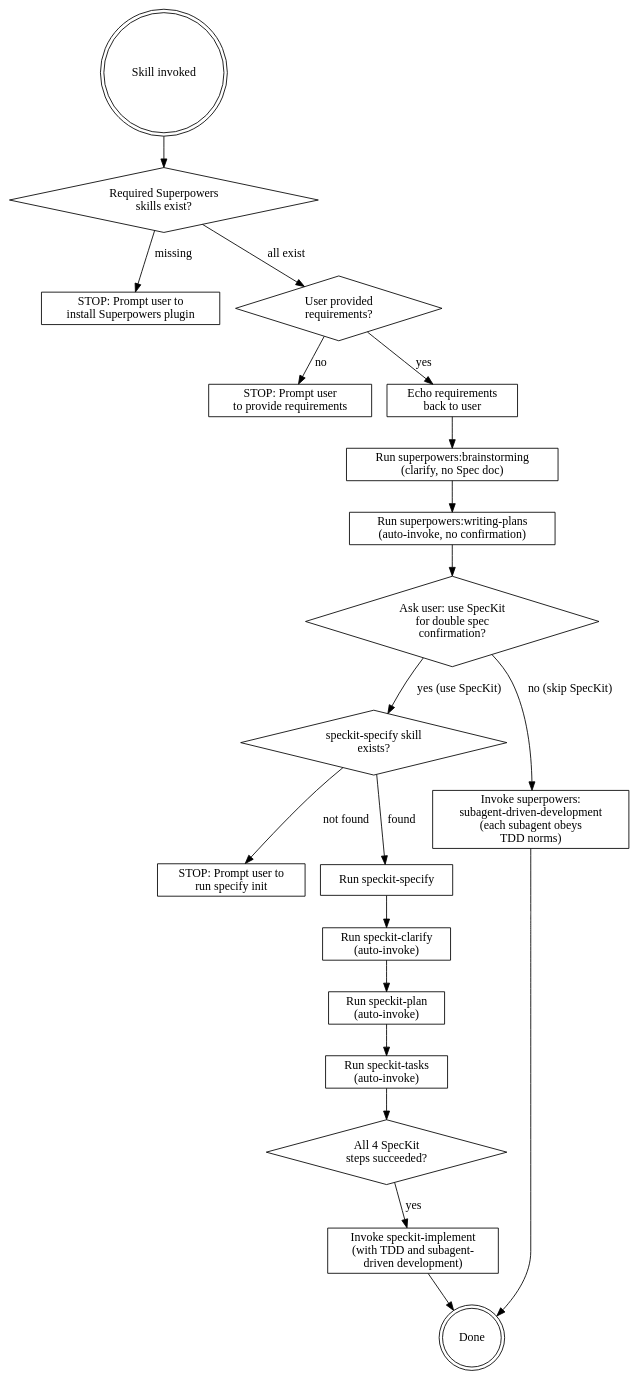
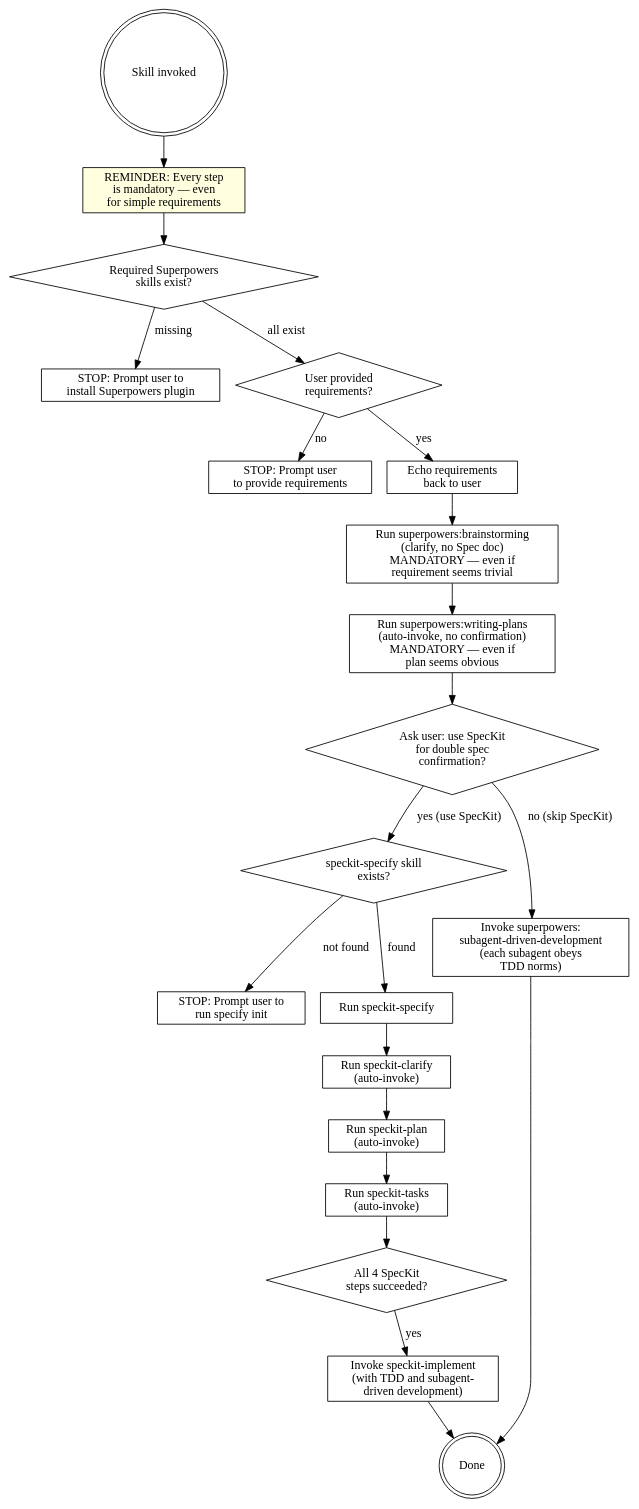
The diagram in skills/brainstorm-specify-implement/SKILL.md (ATreep/one-workflow), drawn with Graphviz before and after one commit. The commit also changed other lines of this file and 2 other files, not shown here.

First line of the commit message:
feat(skills): add anti-skipping enforcement to brainstorm-specify-implement

````diff
--- a/skills/brainstorm-specify-implement/SKILL.md
+++ b/skills/brainstorm-specify-implement/SKILL.md
@@ -12,45 +46,47 @@
 ```dot
 digraph workflow {
     rankdir=TB;
 
     start [label="Skill invoked", shape=doublecircle];
+    anti_skip [label="REMINDER: Every step\nis mandatory — even\nfor simple requirements", shape=box, style=filled, fillcolor=lightyellow];
     check_superpowers [label="Required Superpowers\nskills exist?", shape=diamond];
     stop_superpowers [label="STOP: Prompt user to\ninstall Superpowers plugin", shape=box];
     check_requirements [label="User provided\nrequirements?", shape=diamond];
     stop_no_req [label="STOP: Prompt user\nto provide requirements", shape=box];
     echo_req [label="Echo requirements\nback to user", shape=box];
-    brainstorm [label="Run superpowers:brainstorming\n(clarify, no Spec doc)", shape=box];
-    writing_plan [label="Run superpowers:writing-plans\n(auto-invoke, no confirmation)", shape=box];
+    brainstorm [label="Run superpowers:brainstorming\n(clarify, no Spec doc)\nMANDATORY — even if\nrequirement seems trivial", shape=box];
+    writing_plan [label="Run superpowers:writing-plans\n(auto-invoke, no confirmation)\nMANDATORY — even if\nplan seems obvious", shape=box];
     ask_speckit [label="Ask user: use SpecKit\nfor double spec\nconfirmation?", shape=diamond];
     check_speckit [label="speckit-specify skill\nexists?", shape=diamond];
     stop_speckit [label="STOP: Prompt user to\nrun specify init", shape=box];
     specify [label="Run speckit-specify", shape=box];
     clarify [label="Run speckit-clarify\n(auto-invoke)", shape=box];
     plan [label="Run speckit-plan\n(auto-invoke)", shape=box];
     tasks [label="Run speckit-tasks\n(auto-invoke)", shape=box];
     check_all_done [label="All 4 SpecKit\nsteps succeeded?", shape=diamond];
     implement_speckit [label="Invoke speckit-implement\n(with TDD and subagent-\ndriven development)", shape=box];
     implement_direct [label="Invoke superpowers:\nsubagent-driven-development\n(each subagent obeys\nTDD norms)", shape=box];
     done [label="Done", shape=doublecircle];
 
-    start -> check_superpowers;
+    start -> anti_skip;
+    anti_skip -> check_superpowers;
     check_superpowers -> stop_superpowers [label="missing"];
     check_superpowers -> check_requirements [label="all exist"];
     check_requirements -> stop_no_req [label="no"];
     check_requirements -> echo_req [label="yes"];
     echo_req -> brainstorm;
     brainstorm -> writing_plan;
     writing_plan -> ask_speckit;
     ask_speckit -> check_speckit [label="yes (use SpecKit)"];
     check_speckit -> stop_speckit [label="not found"];
     check_speckit -> specify [label="found"];
     specify -> clarify;
     clarify -> plan;
     plan -> tasks;
     tasks -> check_all_done;
     check_all_done -> implement_speckit [label="yes"];
     implement_speckit -> done;
     ask_speckit -> implement_direct [label="no (skip SpecKit)"];
     implement_direct -> done;
 }
 ```
````
